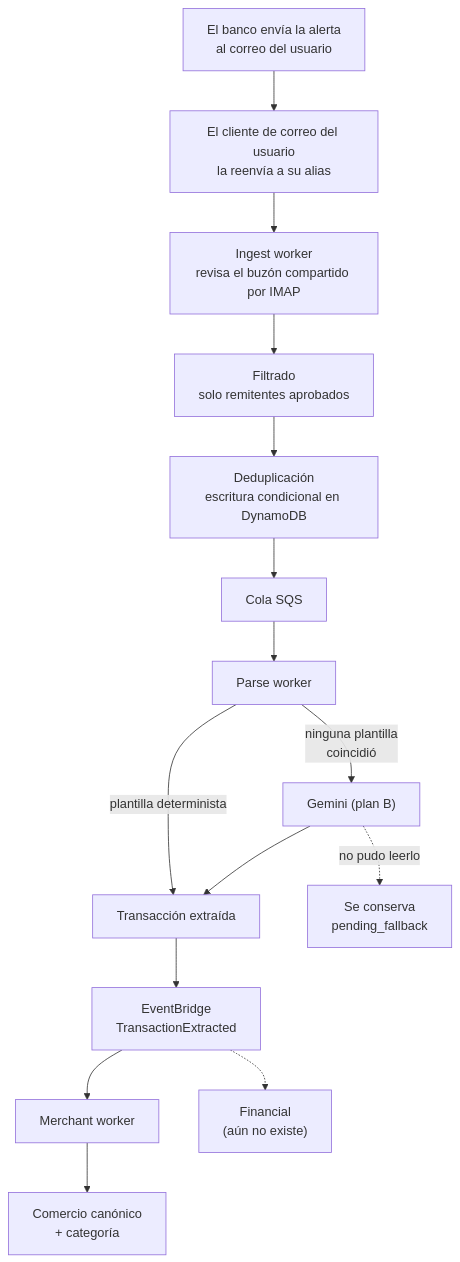
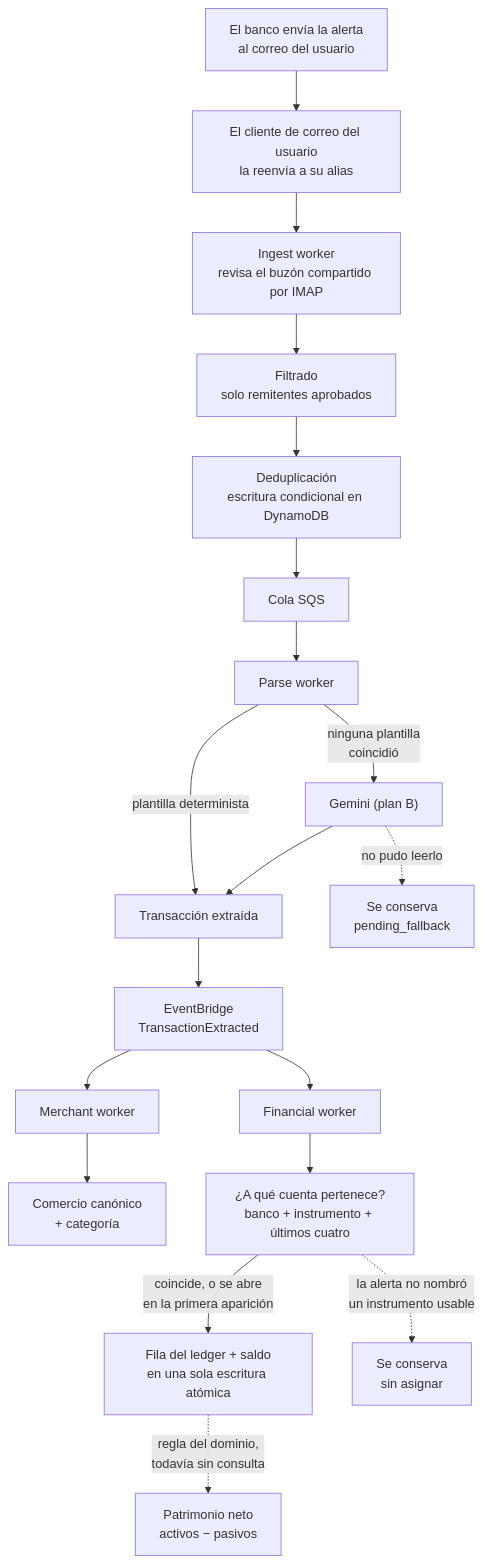
The diagram in docs/overview.md (lStiven/finflow), drawn with Mermaid before and after one commit. The commit also changed other lines of this file and 21 other files, not shown here.

````diff
--- a/docs/overview.md
+++ b/docs/overview.md
@@ -40,17 +40,21 @@
 ```mermaid
 flowchart TD
     A["El banco envía la alerta<br/>al correo del usuario"] --> B["El cliente de correo del usuario<br/>la reenvía a su alias"]
     B --> C["Ingest worker<br/>revisa el buzón compartido por IMAP"]
     C --> D["Filtrado<br/>solo remitentes aprobados"]
     D --> E["Deduplicación<br/>escritura condicional en DynamoDB"]
     E --> F["Cola SQS"]
     F --> G["Parse worker"]
     G -->|"plantilla determinista"| H["Transacción extraída"]
     G -->|"ninguna plantilla<br/>coincidió"| I["Gemini (plan B)"]
     I --> H
     I -.->|"no pudo leerlo"| J["Se conserva<br/>pending_fallback"]
     H --> K["EventBridge<br/>TransactionExtracted"]
     K --> L["Merchant worker"]
     L --> M["Comercio canónico<br/>+ categoría"]
-    K -.-> N["Financial<br/>(aún no existe)"]
+    K --> N["Financial worker"]
+    N --> O["¿A qué cuenta pertenece?<br/>banco + instrumento + últimos cuatro"]
+    O -->|"coincide, o se abre<br/>en la primera aparición"| P["Fila del ledger + saldo<br/>en una sola escritura atómica"]
+    O -.->|"la alerta no nombró<br/>un instrumento usable"| Q["Se conserva<br/>sin asignar"]
+    P -.->|"regla del dominio,<br/>todavía sin consulta"| R["Patrimonio neto<br/>activos − pasivos"]
 ```
````
